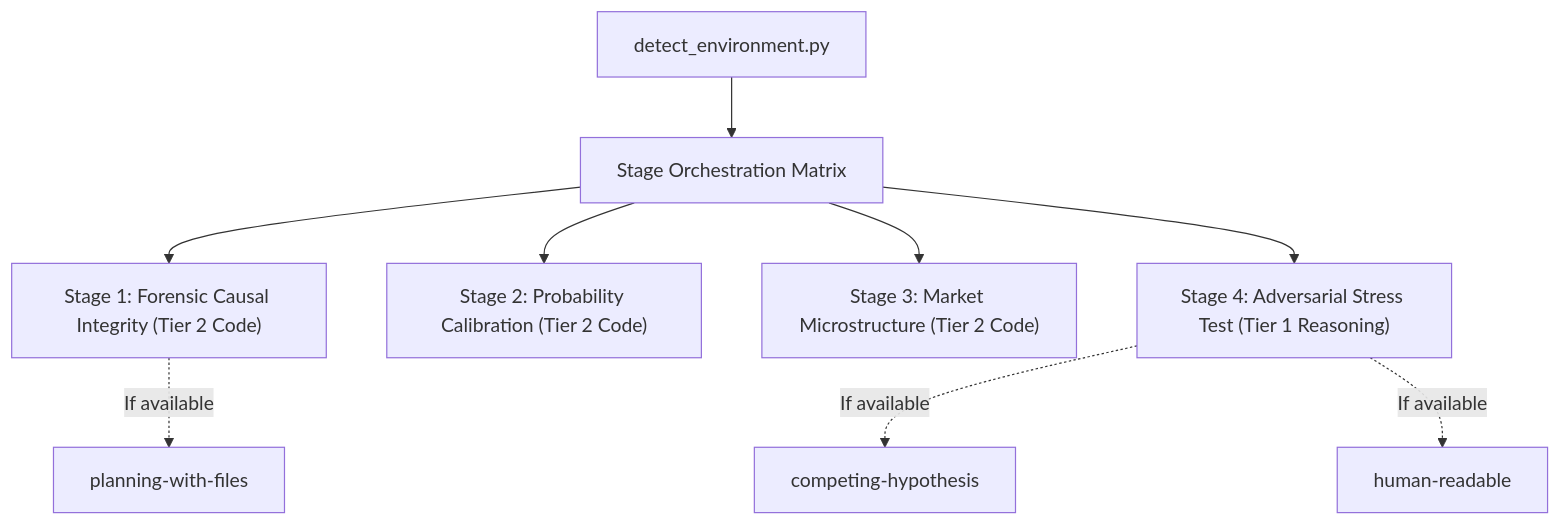
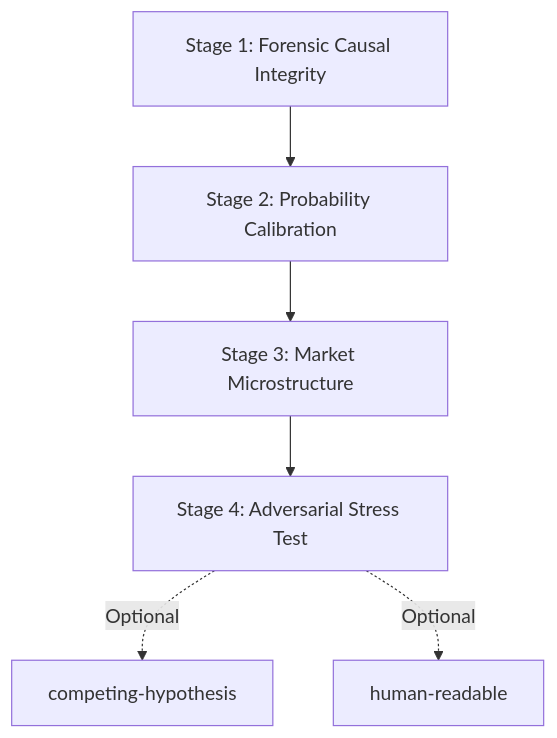
Before and after one commit to redsash/skills-enzebot: the diagram in quant-edge-auditor/SKILL.md, drawn with Mermaid. The commit also changed other lines of this file and 7 other files, not shown here.

Commit message:
refactor(quant-edge-auditor): remove detect_environment, fix leakage Check 3 and run.py exit codes

````diff
--- a/quant-edge-auditor/SKILL.md
+++ b/quant-edge-auditor/SKILL.md
@@ -49,12 +40,8 @@
 ```mermaid
 flowchart TD
-    Env["detect_environment.py"] --> Alloc["Stage Orchestration Matrix"]
-    Alloc --> S1["Stage 1: Forensic Causal Integrity (Tier 2 Code)"]
-    Alloc --> S2["Stage 2: Probability Calibration (Tier 2 Code)"]
-    Alloc --> S3["Stage 3: Market Microstructure (Tier 2 Code)"]
-    Alloc --> S4["Stage 4: Adversarial Stress Test (Tier 1 Reasoning)"]
-
-    S1 -.->|"If available"| P1["planning-with-files"]
-    S4 -.->|"If available"| P2["competing-hypothesis"]
-    S4 -.->|"If available"| P3["human-readable"]
+    S1["Stage 1: Forensic Causal Integrity"] --> S2["Stage 2: Probability Calibration"]
+    S2 --> S3["Stage 3: Market Microstructure"]
+    S3 --> S4["Stage 4: Adversarial Stress Test"]
+    S4 -.->|Optional| P2["competing-hypothesis"]
+    S4 -.->|Optional| P3["human-readable"]
 ```
````
